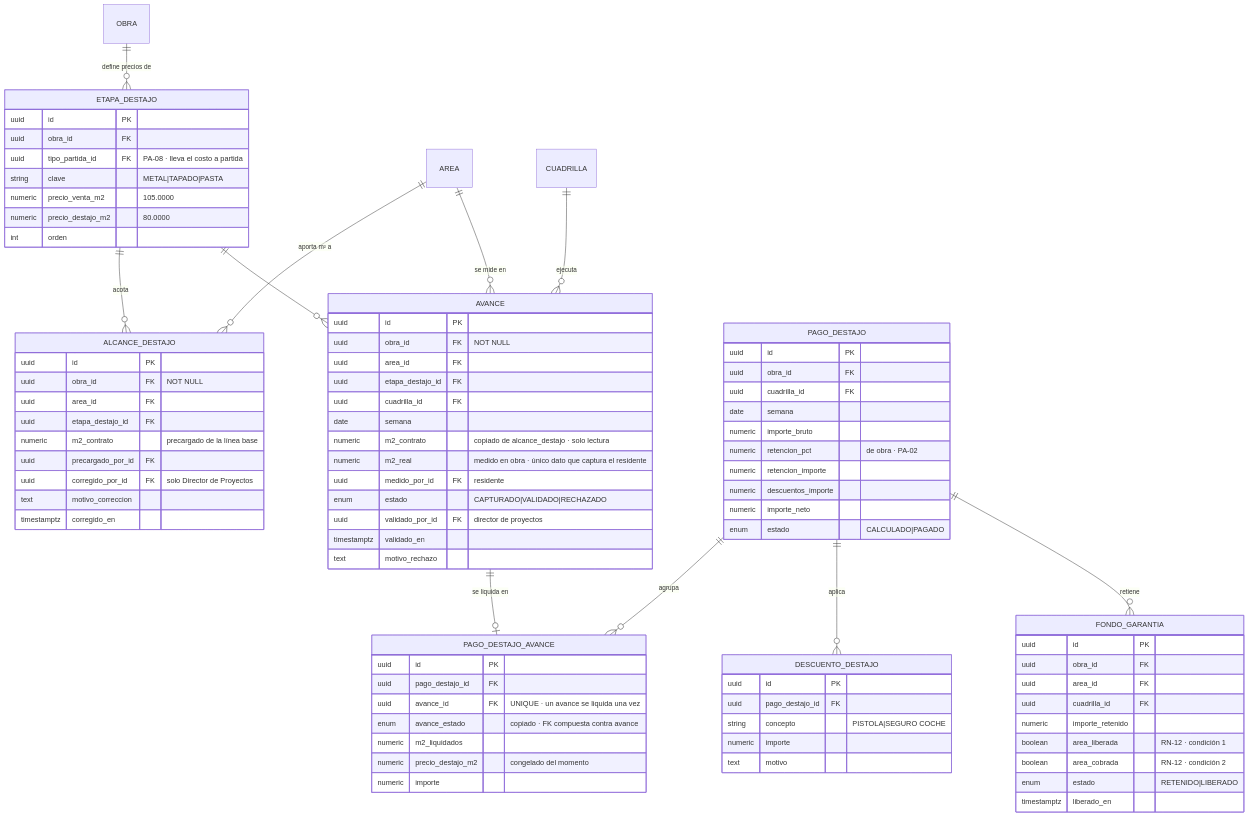
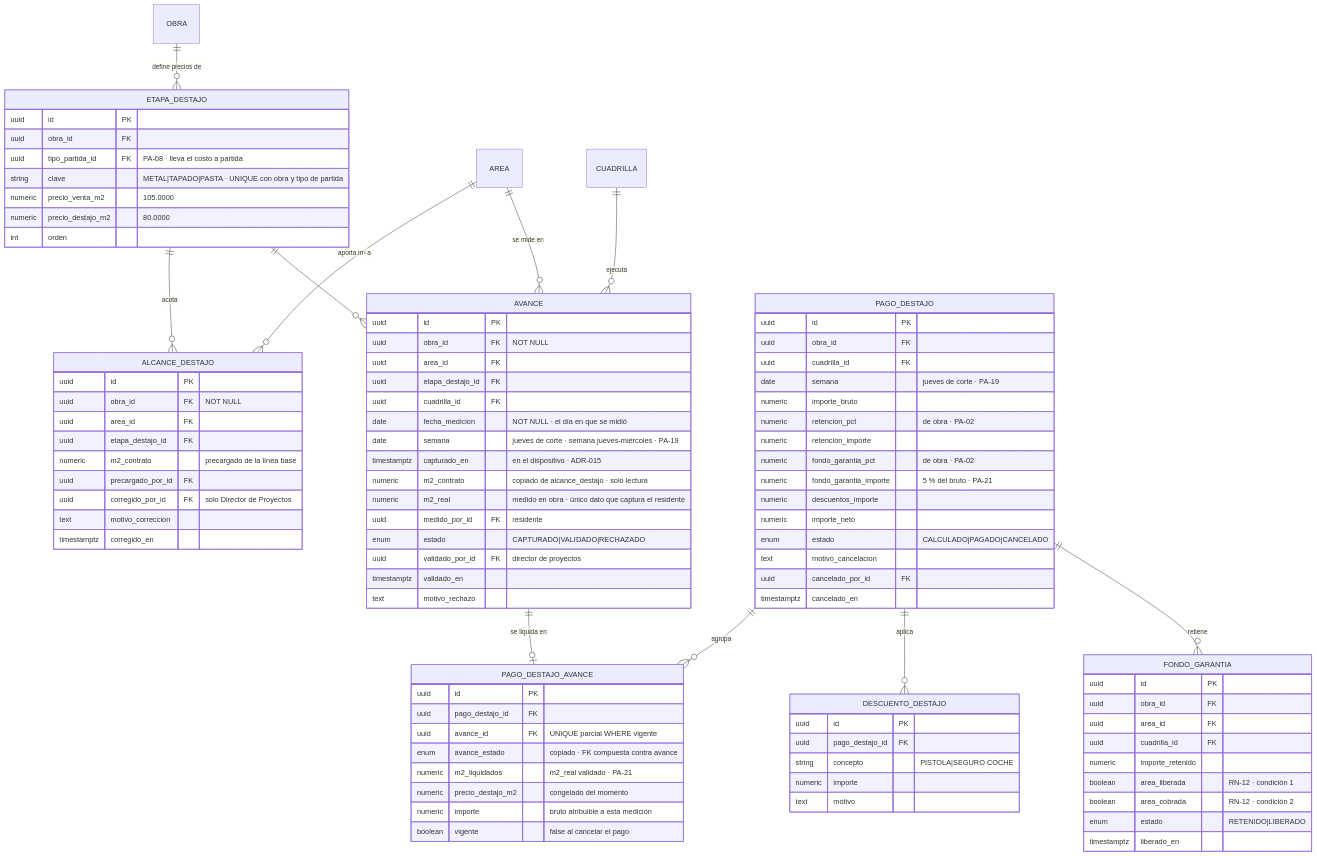
Before and after one commit to FranciscoRodSilva/IA4Devs-Proyecto-Final: the seventh of 18 diagrams in docs/03-modelo-datos.md, drawn with Mermaid. The commit also changed other lines of this file and 22 other files, not shown here.

```diff
--- a/docs/03-modelo-datos.md
+++ b/docs/03-modelo-datos.md
@@ -538,17 +574,18 @@
     PAGO_DESTAJO_AVANCE {
         uuid id PK
         uuid pago_destajo_id FK
-        uuid avance_id FK "UNIQUE · un avance se liquida una vez"
+        uuid avance_id FK "UNIQUE parcial WHERE vigente"
         enum avance_estado "copiado · FK compuesta contra avance"
-        numeric m2_liquidados
+        numeric m2_liquidados "m2_real validado · PA-21"
         numeric precio_destajo_m2 "congelado del momento"
-        numeric importe
+        numeric importe "bruto atribuible a esta medición"
+        boolean vigente "false al cancelar el pago"
     }
     ETAPA_DESTAJO {
         uuid id PK
         uuid obra_id FK
         uuid tipo_partida_id FK "PA-08 · lleva el costo a partida"
-        string clave "METAL|TAPADO|PASTA"
+        string clave "METAL|TAPADO|PASTA · UNIQUE con obra y tipo de partida"
         numeric precio_venta_m2 "105.0000"
         numeric precio_destajo_m2 "80.0000"
         int orden
@@ -559,7 +596,9 @@
         uuid area_id FK
         uuid etapa_destajo_id FK
         uuid cuadrilla_id FK
-        date semana
+        date fecha_medicion "NOT NULL · el día en que se midió"
+        date semana "jueves de corte · semana jueves-miércoles · PA-19"
+        timestamptz capturado_en "en el dispositivo · ADR-015"
         numeric m2_contrato "copiado de alcance_destajo · solo lectura"
         numeric m2_real "medido en obra · único dato que captura el residente"
         uuid medido_por_id FK "residente"
@@ -572,13 +611,18 @@
         uuid id PK
         uuid obra_id FK
         uuid cuadrilla_id FK
-        date semana
+        date semana "jueves de corte · PA-19"
         numeric importe_bruto
         numeric retencion_pct "de obra · PA-02"
         numeric retencion_importe
+        numeric fondo_garantia_pct "de obra · PA-02"
+        numeric fondo_garantia_importe "5 % del bruto · PA-21"
         numeric descuentos_importe
         numeric importe_neto
-        enum estado "CALCULADO|PAGADO"
+        enum estado "CALCULADO|PAGADO|CANCELADO"
+        text motivo_cancelacion
+        uuid cancelado_por_id FK
+        timestamptz cancelado_en
     }
     DESCUENTO_DESTAJO {
         uuid id PK
```
